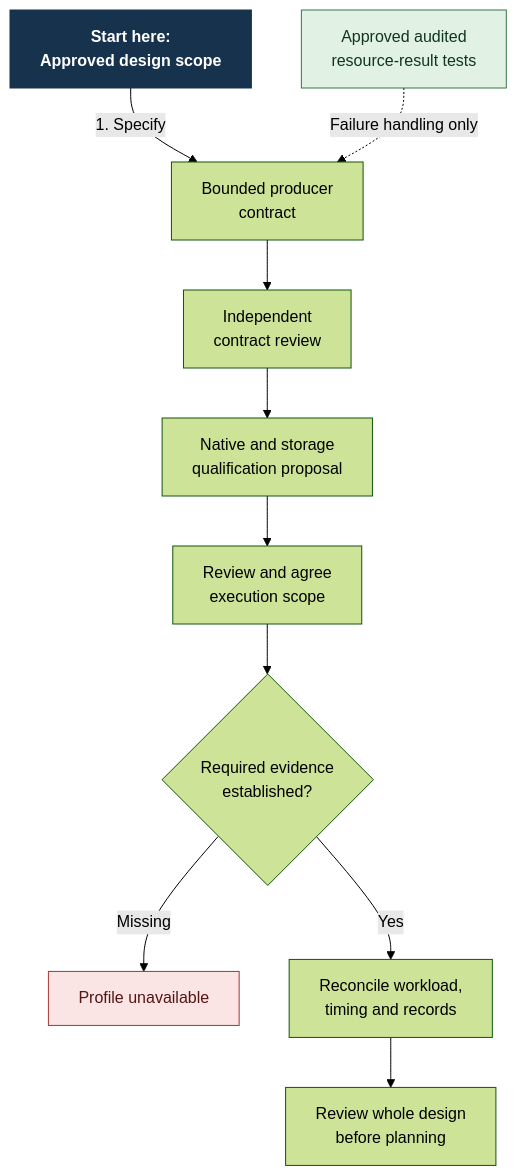
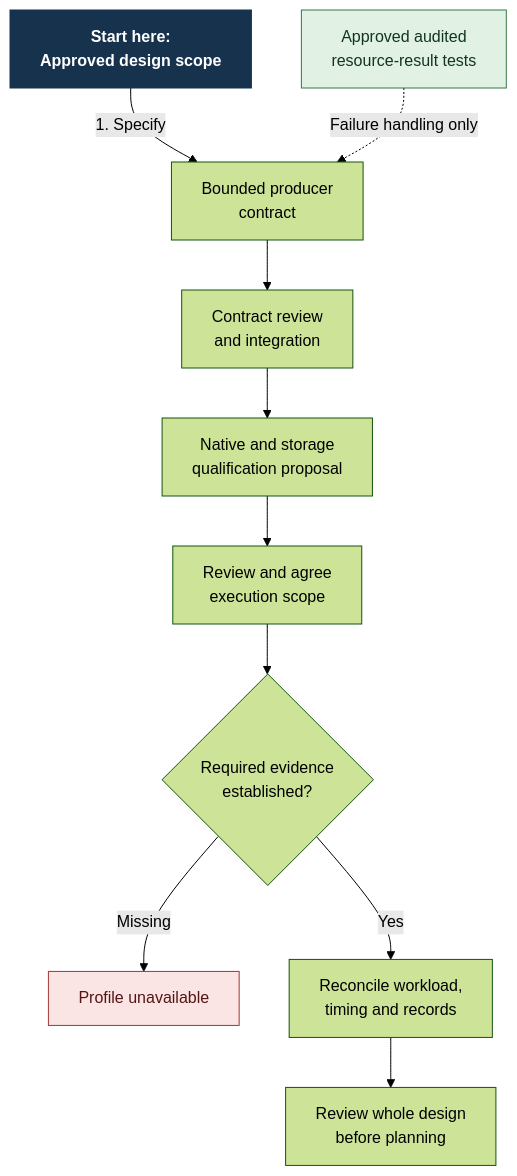
Before and after one commit to Linkuistics/Koine: the diagram in docs/design/architecture/settings-activation/keepalive-completion.mmd, drawn with Mermaid (forest theme). The commit also changed 14 other files, not shown here.

Commit message:
settings-keepalive-producer-contract-k114: integrate bounded producer review

```diff
--- a/docs/design/architecture/settings-activation/keepalive-completion.mmd
+++ b/docs/design/architecture/settings-activation/keepalive-completion.mmd
@@ -1,23 +1,23 @@
 flowchart TD
     start["Start here:<br/>Approved design scope"]:::start
     unresolved["Profile unavailable"]:::hold
     contract["Bounded producer<br/>contract"]
-    contractReview["Independent<br/>contract review"]
+    contractReview["Contract review<br/>and integration"]
     qualify["Native and storage<br/>qualification proposal"]
     scope["Review and agree<br/>execution scope"]
     evidence{"Required evidence<br/>established?"}
     reconcile["Reconcile workload,<br/>timing and records"]
     review["Review whole design<br/>before planning"]
     start -->|1. Specify| contract
     contract --> contractReview
     contractReview --> qualify
     qualify --> scope
     scope --> evidence
     evidence -->|Yes| reconcile
     evidence -->|Missing| unresolved
     reconcile --> review
     tests["Approved audited<br/>resource-result tests"]:::approved
     tests -.->|Failure handling only| contract
     classDef start fill:#17324d,color:#fff,font-weight:bold,stroke:#17324d
     classDef approved fill:#e1f2e5,color:#12351e,stroke:#36764a
     classDef hold fill:#fbe4e4,color:#541515,stroke:#a63636
```
